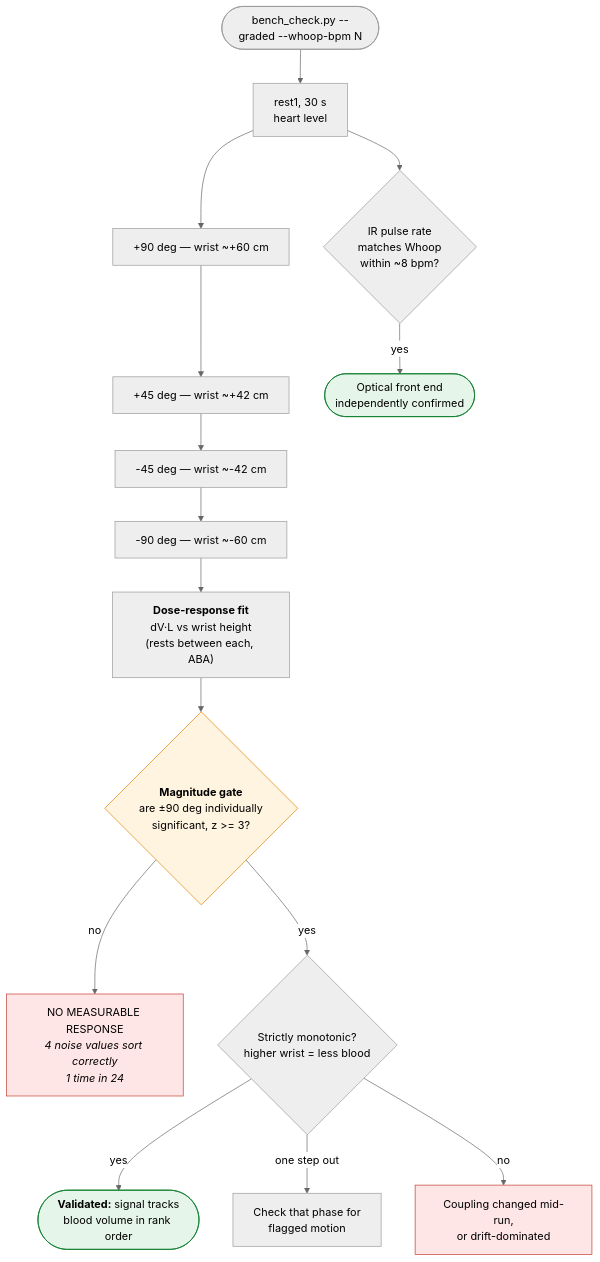
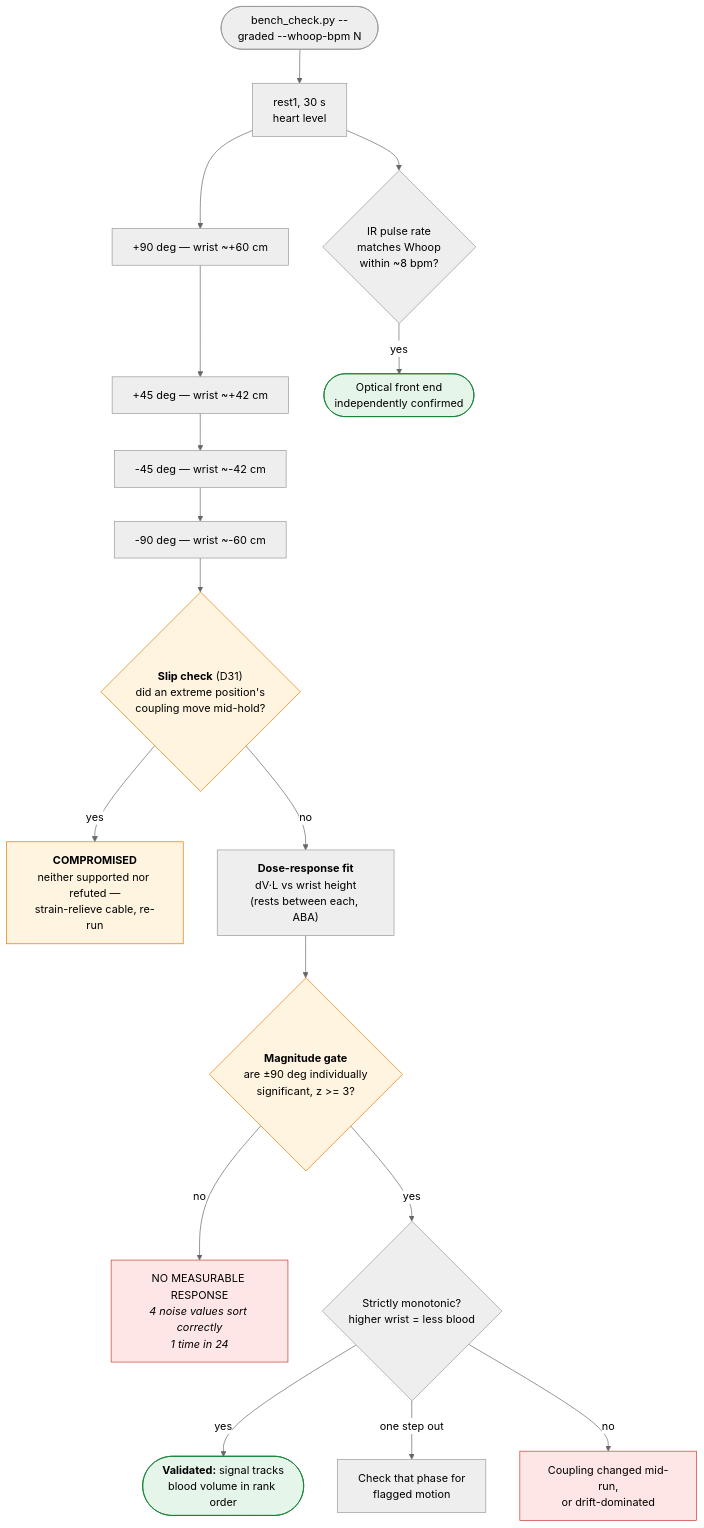
Before and after one commit to akkhilmorkonda/MAPQuest_PPG: the fourth of 6 diagrams in docs/architecture.md, drawn with Mermaid (neutral theme). The commit also changed other lines of this file and 7 other files, not shown here.

First line of the commit message:
Detect coupling slips; demote harmonics; record run inputs

````diff
--- a/docs/architecture.md
+++ b/docs/architecture.md
@@ -180,26 +182,28 @@
 ```mermaid
 flowchart TD
     G0(["bench_check.py --graded --whoop-bpm N"]) --> R1["rest1, 30 s<br/>heart level"]
     R1 --> HR{"IR pulse rate<br/>matches Whoop<br/>within ~8 bpm?"}
     R1 --> U90["+90 deg — wrist ~+60 cm"]
     U90 --> U45["+45 deg — wrist ~+42 cm"]
     U45 --> D45["-45 deg — wrist ~-42 cm"]
     D45 --> D90["-90 deg — wrist ~-60 cm"]
-    D90 --> FIT["<b>Dose-response fit</b><br/>dV·L vs wrist height<br/>(rests between each, ABA)"]
+    D90 --> SL{"<b>Slip check</b> (D31)<br/>did an extreme position's<br/>coupling move mid-hold?"}
+    SL -->|yes| COMP["<b>COMPROMISED</b><br/>neither supported nor refuted —<br/>strain-relieve cable, re-run"]
+    SL -->|no| FIT["<b>Dose-response fit</b><br/>dV·L vs wrist height<br/>(rests between each, ABA)"]
 
     FIT --> GATE{"<b>Magnitude gate</b><br/>are ±90 deg individually<br/>significant, z >= 3?"}
     GATE -->|no| NOISE2["NO MEASURABLE RESPONSE<br/><i>4 noise values sort correctly<br/>1 time in 24</i>"]
     GATE -->|yes| MONO{"Strictly monotonic?<br/>higher wrist = less blood"}
     MONO -->|yes| PASS(["<b>Validated:</b> signal tracks<br/>blood volume in rank order"])
     MONO -->|"one step out"| CHECK["Check that phase for<br/>flagged motion"]
     MONO -->|no| FAIL["Coupling changed mid-run,<br/>or drift-dominated"]
 
     HR -->|yes| FE(["Optical front end<br/>independently confirmed"])
 
     classDef good fill:#e6f5ea,stroke:#0a7d2c
     classDef bad fill:#ffe6e6,stroke:#c43b2f
     classDef gate fill:#fff4e0,stroke:#e07b00
     class PASS,FE good
     class NOISE2,FAIL bad
-    class GATE gate
+    class GATE,SL,COMP gate
 ```
````
